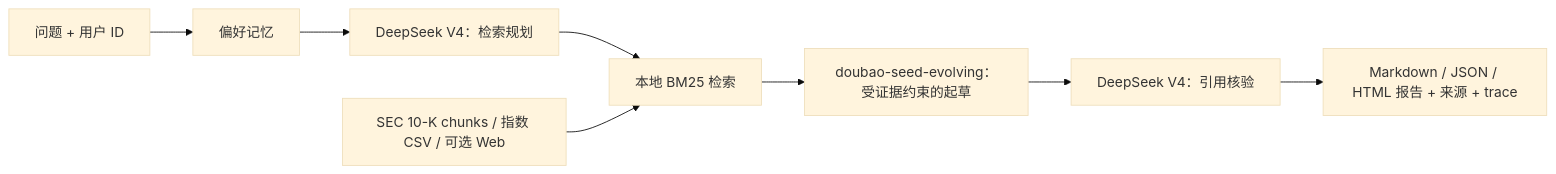
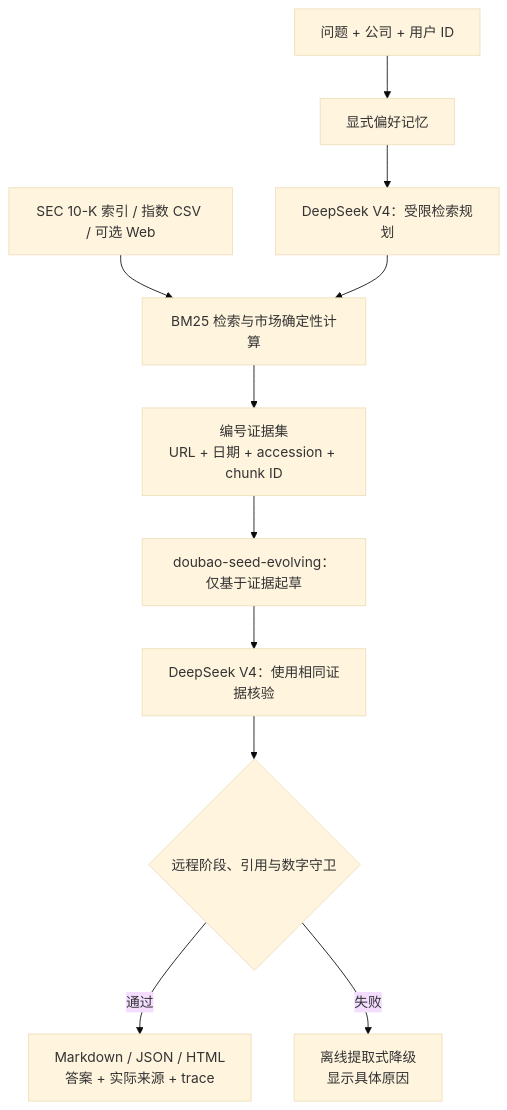
One commit to sky910140/financial-agent-takehome changed the diagram in DESIGN.md. Above: the diagram before and after it, drawn with Mermaid (base theme). The commit also changed other lines of this file and 24 other files, not shown here.

````diff
--- a/DESIGN.md
+++ b/DESIGN.md
@@ -9,10 +9,13 @@
 ```mermaid
-flowchart LR
-  Q["问题 + 用户 ID"] --> M["偏好记忆"]
-  M --> P["DeepSeek V4：检索规划"]
-  P --> R["本地 BM25 检索"]
-  D["SEC 10-K chunks / 指数 CSV / 可选 Web"] --> R
-  R --> A["doubao-seed-evolving：受证据约束的起草"]
-  A --> V["DeepSeek V4：引用核验"]
-  V --> O["Markdown / JSON / HTML 报告 + 来源 + trace"]
+flowchart TB
+  Q["问题 + 公司 + 用户 ID"] --> M["显式偏好记忆"]
+  M --> P["DeepSeek V4：受限检索规划"]
+  D["SEC 10-K 索引 / 指数 CSV / 可选 Web"] --> R["BM25 检索与市场确定性计算"]
+  P --> R
+  R --> E["编号证据集<br/>URL + 日期 + accession + chunk ID"]
+  E --> A["doubao-seed-evolving：仅基于证据起草"]
+  A --> V["DeepSeek V4：使用相同证据核验"]
+  V --> G{"远程阶段、引用与数字守卫"}
+  G -->|"通过"| O["Markdown / JSON / HTML<br/>答案 + 实际来源 + trace"]
+  G -->|"失败"| F["离线提取式降级<br/>显示具体原因"]
 ```
````
